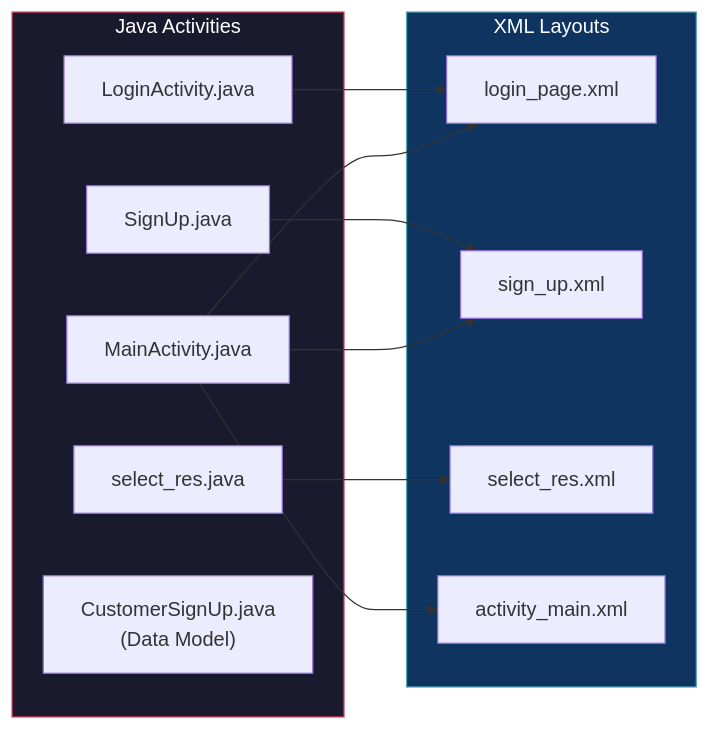
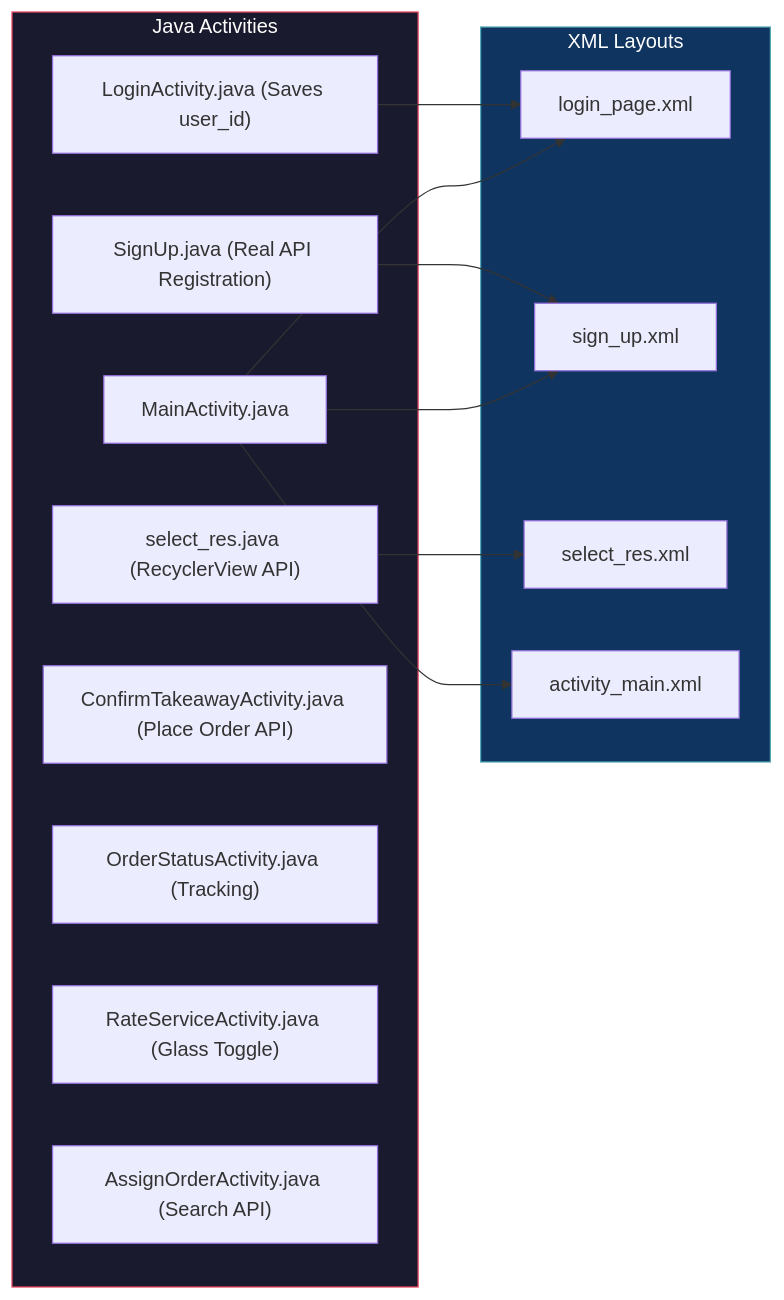
One commit to limuwani/D2D_group_project changed the third of 4 diagrams in design_layouts.md. Above: the diagram before and after it, drawn with Mermaid. The commit also changed other lines of this file, not shown here.

Commit message:
feat: complete production API integration, interactive glassmorphic ratings, and technical documentation update

````diff
--- a/design_layouts.md
+++ b/design_layouts.md
@@ -405,27 +405,30 @@
 ```mermaid
 graph LR
     subgraph Activities["Java Activities"]
         MA["MainActivity.java"]
-        LA["LoginActivity.java"]
-        SU["SignUp.java"]
-        SR["select_res.java"]
-        CS["CustomerSignUp.java<br/>(Data Model)"]
+        LA["LoginActivity.java (Saves user_id)"]
+        SU["SignUp.java (Real API Registration)"]
+        SR["select_res.java (RecyclerView API)"]
+        CTA["ConfirmTakeawayActivity.java (Place Order API)"]
+        OSA["OrderStatusActivity.java (Tracking)"]
+        RSA["RateServiceActivity.java (Glass Toggle)"]
+        AOA["AssignOrderActivity.java (Search API)"]
     end
 
     subgraph Layouts["XML Layouts"]
         L1["login_page.xml"]
         L2["sign_up.xml"]
         L3["select_res.xml"]
         L4["activity_main.xml"]
     end
 
     MA --> L1
     MA --> L2
     LA --> L1
     SU --> L2
     SR --> L3
     MA --> L4
 
     style Activities fill:#1a1a2e,stroke:#e94560,color:#fff
     style Layouts fill:#0f3460,stroke:#53a8b6,color:#fff
 ```
````
